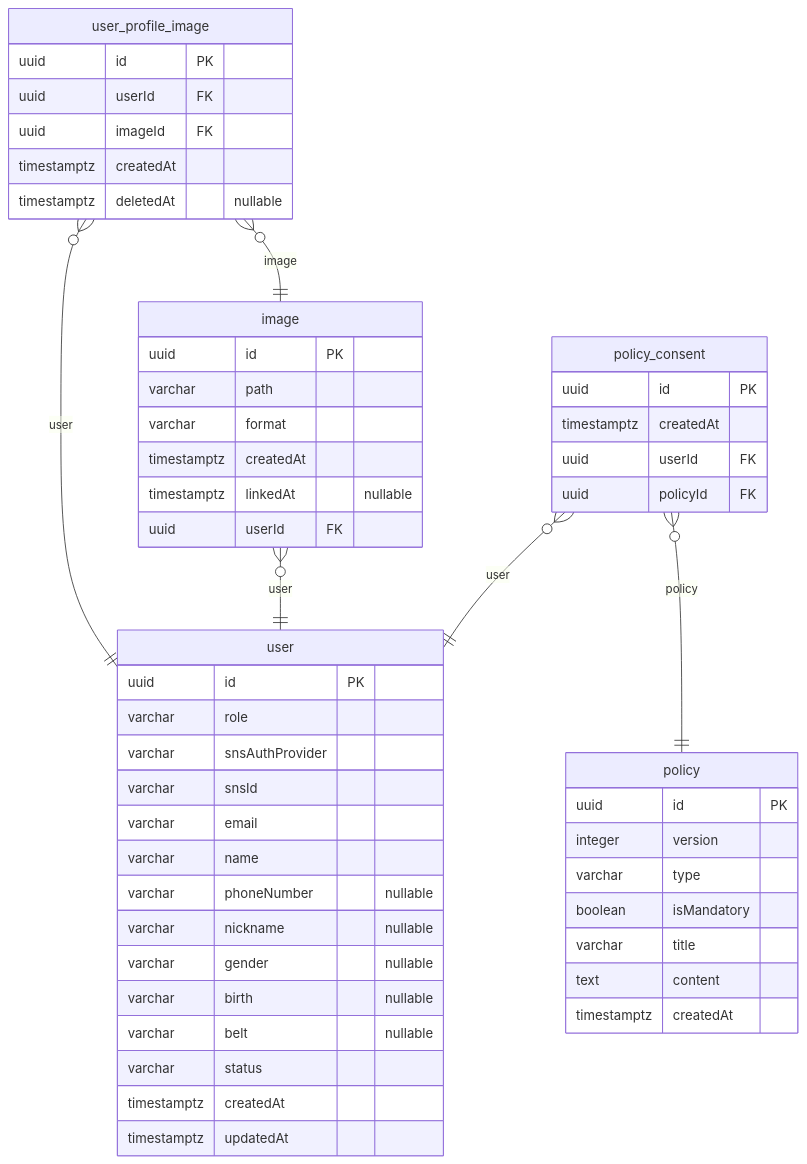
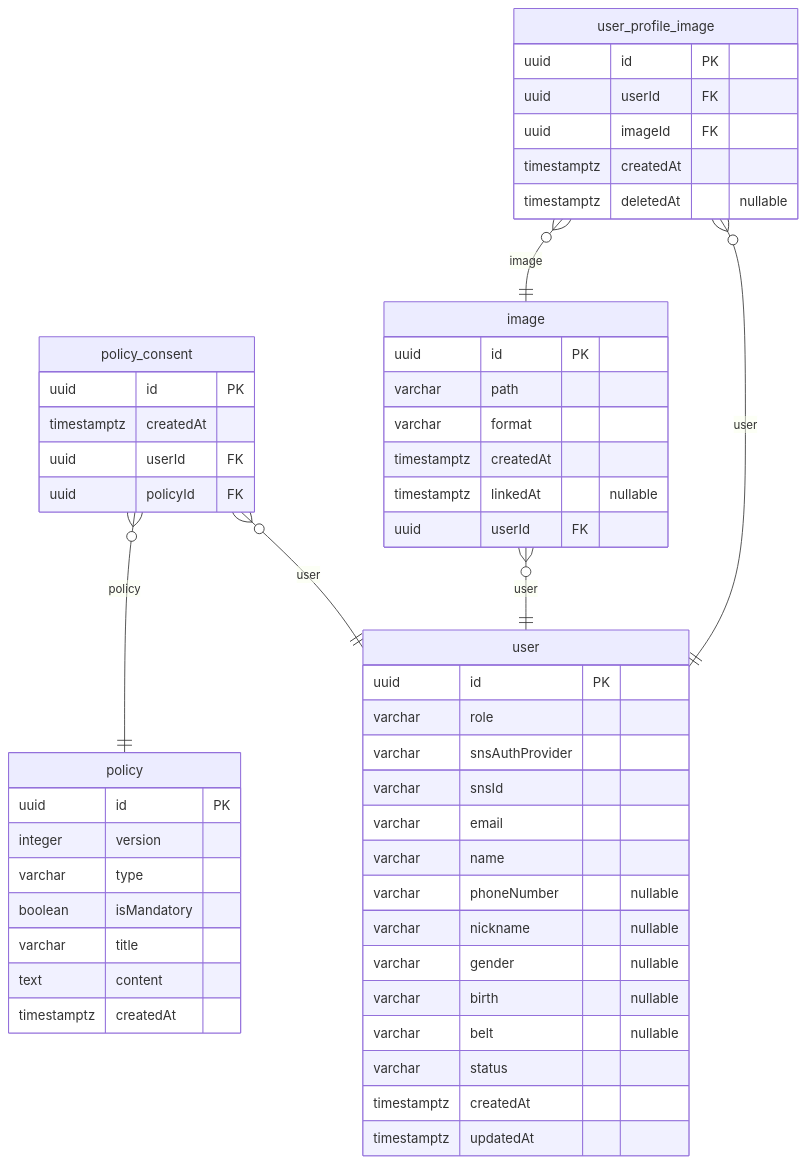
One commit to NAJUHA-JIUJITSU/najuha-v2-be changed the first of 5 diagrams in docs/najiha-v2-erd.md. Above: the diagram before and after it, drawn with Mermaid. The commit also changed other lines of this file and 1 other file, not shown here.

````diff
--- a/docs/najiha-v2-erd.md
+++ b/docs/najiha-v2-erd.md
@@ -20,54 +20,54 @@
 ```mermaid
 erDiagram
   policy {
     uuid id PK
     integer version
     varchar type
     boolean isMandatory
     varchar title
     text content
     timestamptz createdAt
+  }
+  policy_consent {
+    uuid id PK
+    timestamptz createdAt
+    uuid userId FK
+    uuid policyId FK
   }
   user_profile_image {
     uuid id PK
     uuid userId FK
     uuid imageId FK
     timestamptz createdAt
     timestamptz deletedAt "nullable"
   }
   image {
     uuid id PK
     varchar path
     varchar format
     timestamptz createdAt
     timestamptz linkedAt "nullable"
     uuid userId FK
   }
   user {
     uuid id PK
     varchar role
     varchar snsAuthProvider
     varchar snsId
     varchar email
     varchar name
     varchar phoneNumber "nullable"
     varchar nickname "nullable"
     varchar gender "nullable"
     varchar birth "nullable"
     varchar belt "nullable"
     varchar status
     timestamptz createdAt
     timestamptz updatedAt
   }
-  policy_consent {
-    uuid id PK
-    timestamptz createdAt
-    uuid userId FK
-    uuid policyId FK
-  }
+  policy_consent }o--|| user: user
+  policy_consent }o--|| policy: policy
   user_profile_image }o--|| user: user
   user_profile_image }o--|| image: image
   image }o--|| user: user
-  policy_consent }o--|| user: user
-  policy_consent }o--|| policy: policy
 ```
````
